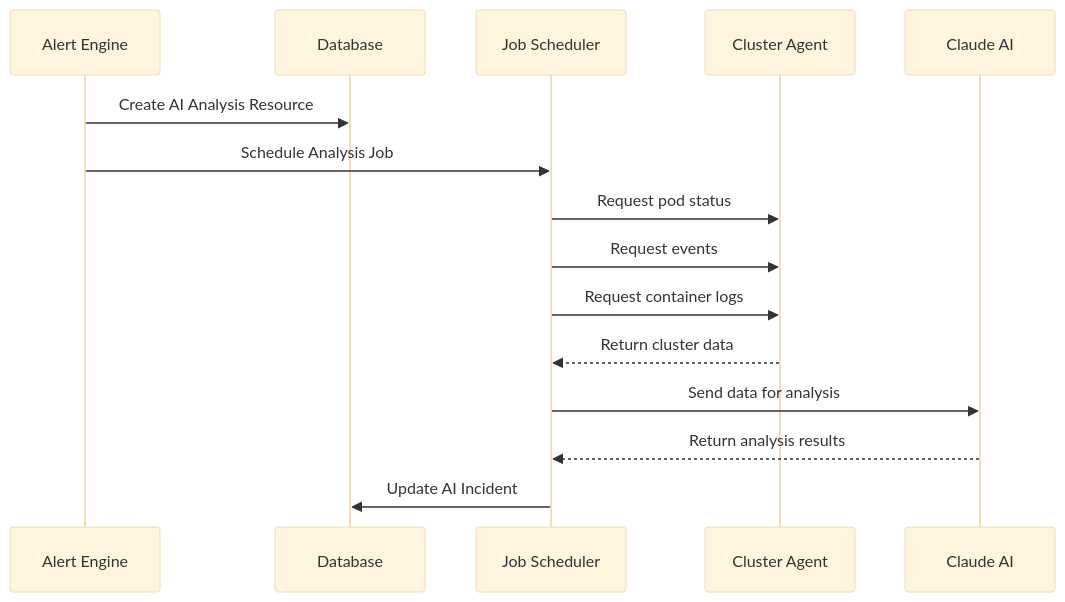
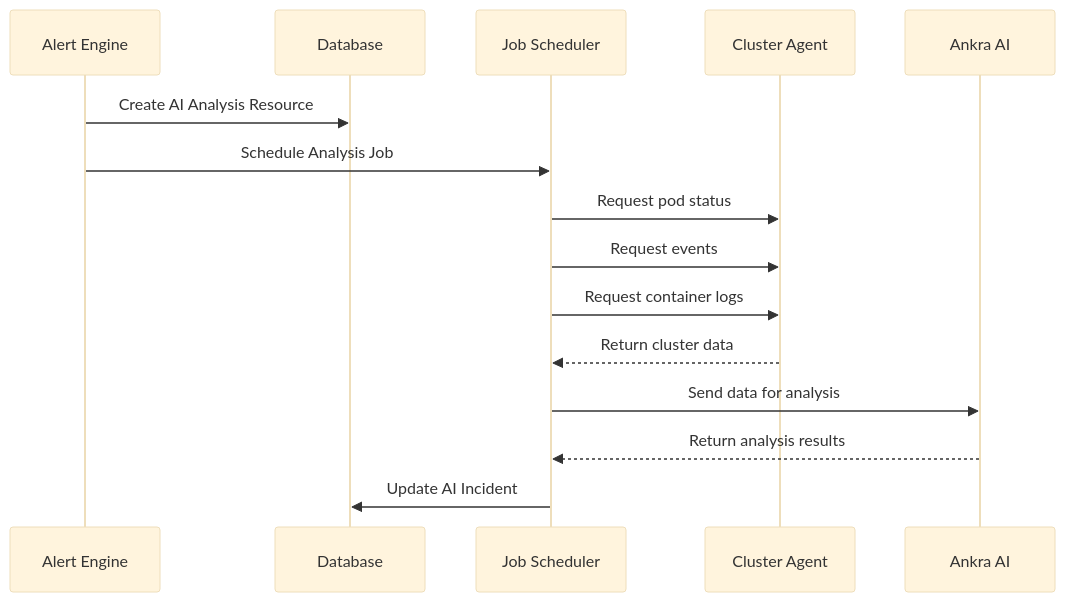
Before and after one commit to ankraio/ankra-docs: the first of 2 diagrams in essentials/ai-incidents.mdx, drawn with Mermaid (base theme). The commit also changed other lines of this file and 30 other files, not shown here.

````diff
--- a/essentials/ai-incidents.mdx
+++ b/essentials/ai-incidents.mdx
@@ -29,18 +29,18 @@
 ```mermaid
 sequenceDiagram
     participant Alert as Alert Engine
     participant DB as Database
     participant Job as Job Scheduler
     participant Agent as Cluster Agent
-    participant AI as Claude AI
+    participant AI as Ankra AI
 
     Alert->>DB: Create AI Analysis Resource
     Alert->>Job: Schedule Analysis Job
     Job->>Agent: Request pod status
     Job->>Agent: Request events
     Job->>Agent: Request container logs
     Agent-->>Job: Return cluster data
     Job->>AI: Send data for analysis
     AI-->>Job: Return analysis results
     Job->>DB: Update AI Incident
 ```
````
